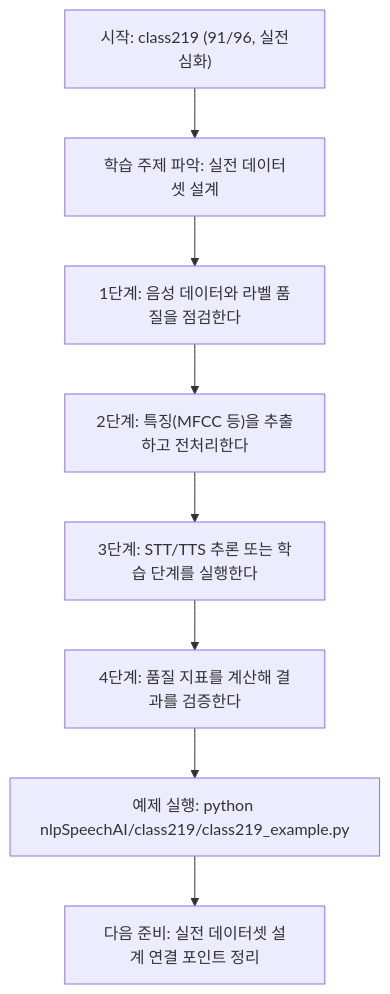
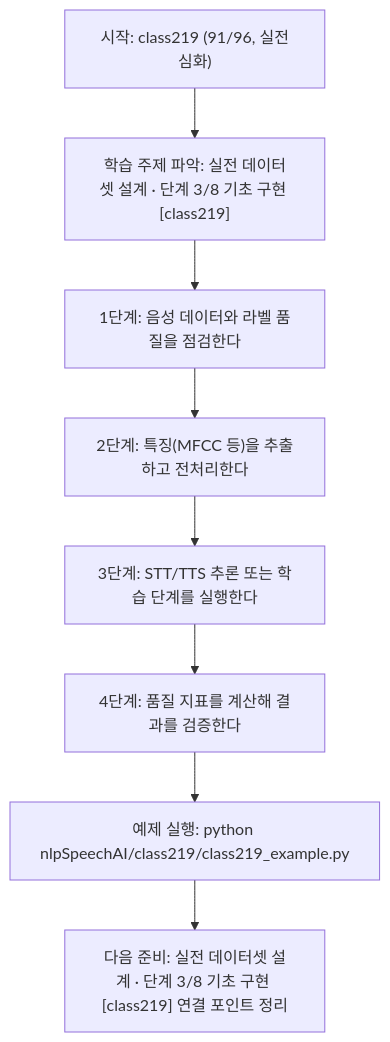
One commit to edumgt/Python-AI_Agent-Class changed the diagram in nlpSpeechAI/class219/class219.md. Above: the diagram before and after it, drawn with Mermaid. The commit also changed other lines of this file and 522 other files, not shown here.

````diff
--- a/nlpSpeechAI/class219/class219.md
+++ b/nlpSpeechAI/class219/class219.md
@@ -113,18 +114,18 @@
 ```mermaid
 flowchart TD
 N1["시작: class219 (91/96, 실전심화)"]
-N2["학습 주제 파악: 실전 데이터셋 설계"]
+N2["학습 주제 파악: 실전 데이터셋 설계 · 단계 3/8 기초 구현 [class219]"]
 N3["1단계: 음성 데이터와 라벨 품질을 점검한다"]
 N4["2단계: 특징(MFCC 등)을 추출하고 전처리한다"]
 N5["3단계: STT/TTS 추론 또는 학습 단계를 실행한다"]
 N6["4단계: 품질 지표를 계산해 결과를 검증한다"]
 N7["예제 실행: python nlpSpeechAI/class219/class219_example.py"]
-N8["다음 준비: 실전 데이터셋 설계 연결 포인트 정리"]
+N8["다음 준비: 실전 데이터셋 설계 · 단계 3/8 기초 구현 [class219] 연결 포인트 정리"]
 N1 --> N2
 N2 --> N3
 N3 --> N4
 N4 --> N5
 N5 --> N6
 N6 --> N7
 N7 --> N8
 ```
````
